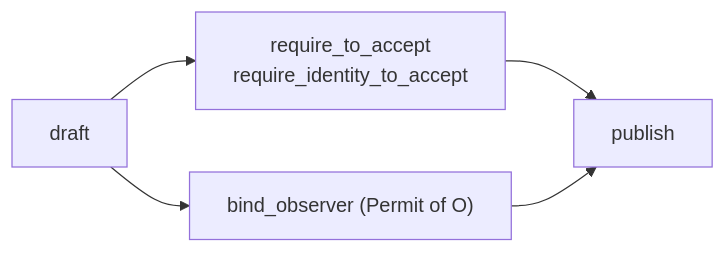
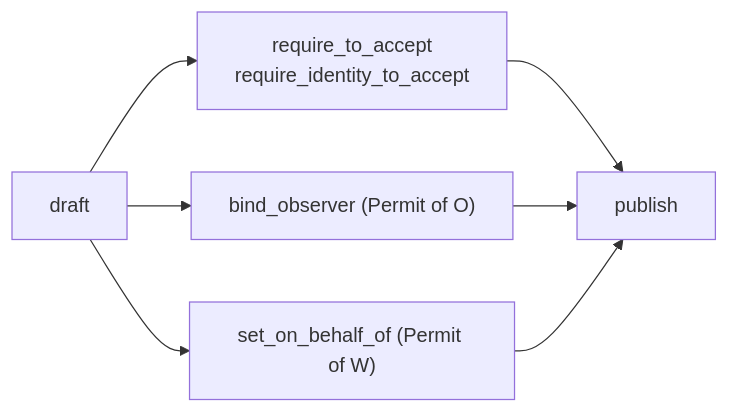
The diagram in packages/composites/delivery_agreements/README.md (Algorithmic-Warfare/armature-vault), drawn with Mermaid before and after one commit. The commit also changed other lines of this file and 19 other files, not shown here.

````diff
--- a/packages/composites/delivery_agreements/README.md
+++ b/packages/composites/delivery_agreements/README.md
@@ -41,7 +51,9 @@
 ```mermaid
 flowchart LR
     D["draft"] --> R["require_to_accept<br>require_identity_to_accept"]
     D --> O["bind_observer (Permit of O)"]
+    D --> W["set_on_behalf_of (Permit of W)"]
     R --> P["publish"]
     O --> P
+    W --> P
 ```
````
